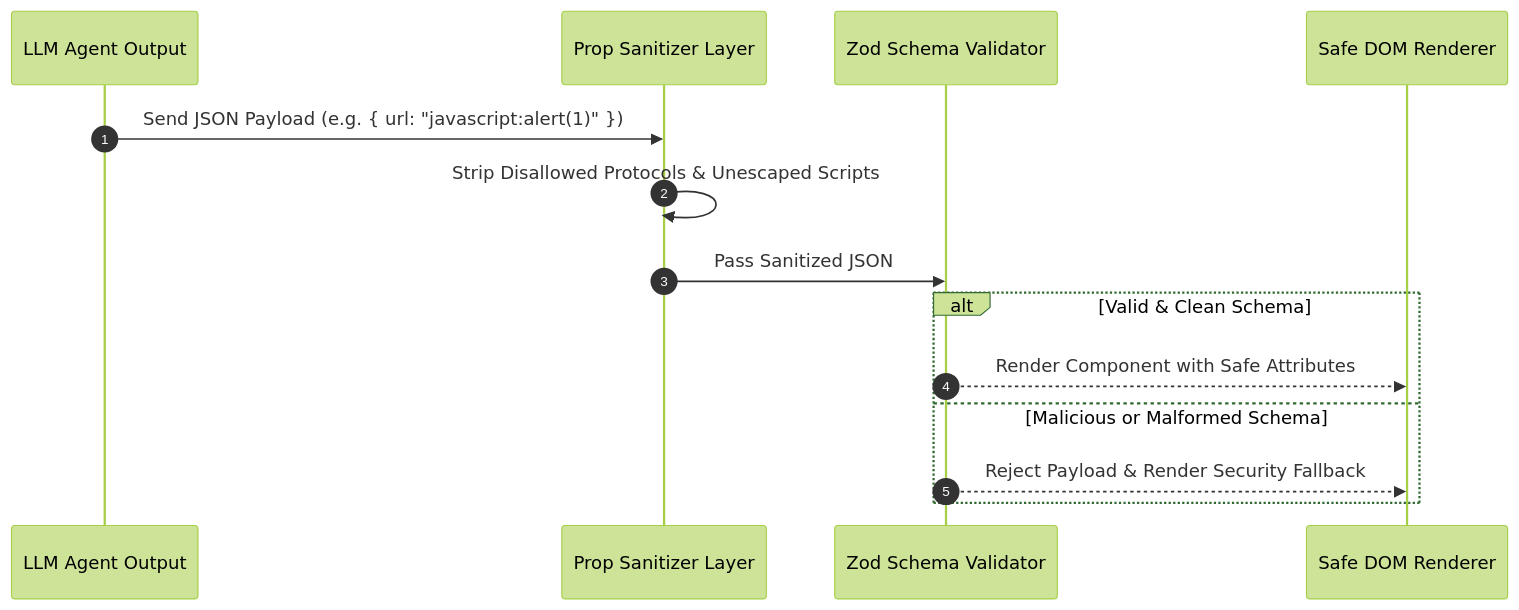
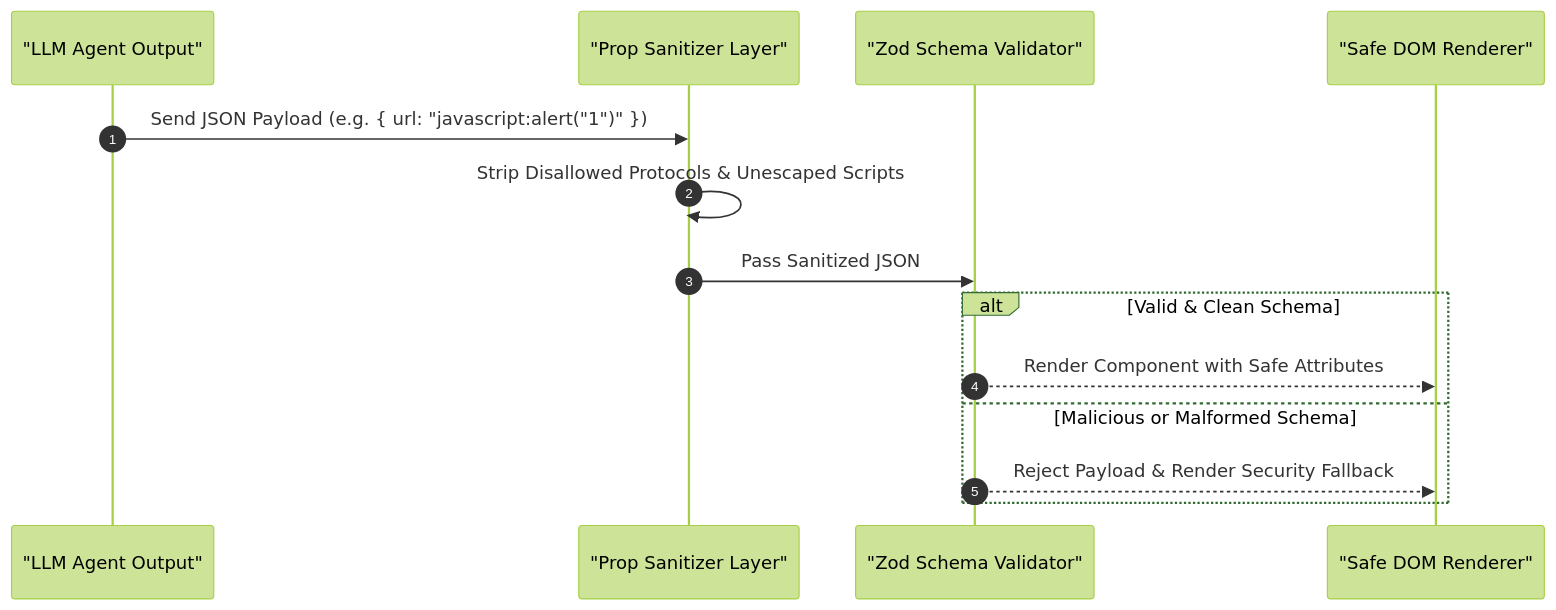
Before and after one commit to vesviet/vesviet: the second of 2 diagrams in content/series/generative-ui-architecture/part-4-security-a11y.md, drawn with Mermaid (forest theme). The commit also changed other lines of this file and 331 other files, not shown here.

````diff
--- a/content/series/generative-ui-architecture/part-4-security-a11y.md
+++ b/content/series/generative-ui-architecture/part-4-security-a11y.md
@@ -64,17 +65,17 @@
 ```mermaid
 sequenceDiagram
     autonumber
-    participant LLM as LLM Agent Output
-    participant Sanitize as Prop Sanitizer Layer
-    participant Zod as Zod Schema Validator
-    participant DOM as Safe DOM Renderer
+    participant LLM as "LLM Agent Output"
+    participant Sanitize as "Prop Sanitizer Layer"
+    participant Zod as "Zod Schema Validator"
+    participant DOM as "Safe DOM Renderer"
 
-    LLM->>Sanitize: Send JSON Payload (e.g. { url: "javascript:alert(1)" })
+    LLM->>Sanitize: Send JSON Payload (e.g. { url: "javascript:alert("1")" })
     Sanitize->>Sanitize: Strip Disallowed Protocols & Unescaped Scripts
     Sanitize->>Zod: Pass Sanitized JSON
     alt Valid & Clean Schema
         Zod-->>DOM: Render Component with Safe Attributes
     else Malicious or Malformed Schema
         Zod-->>DOM: Reject Payload & Render Security Fallback
     end
 ```
````
